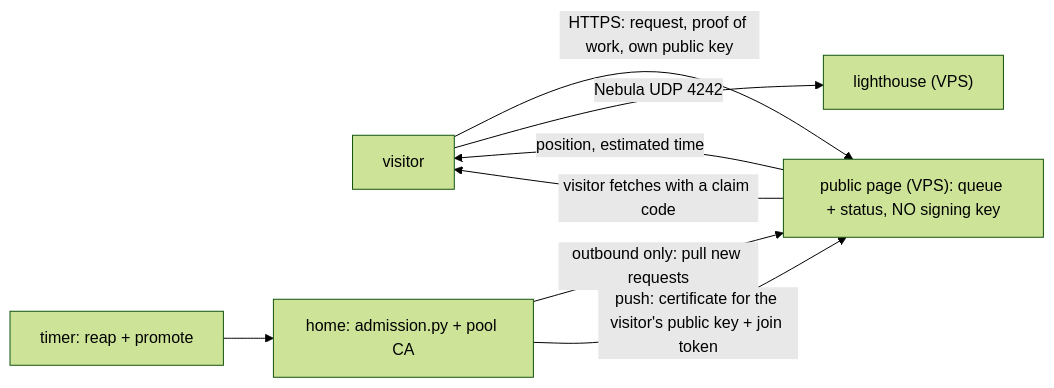
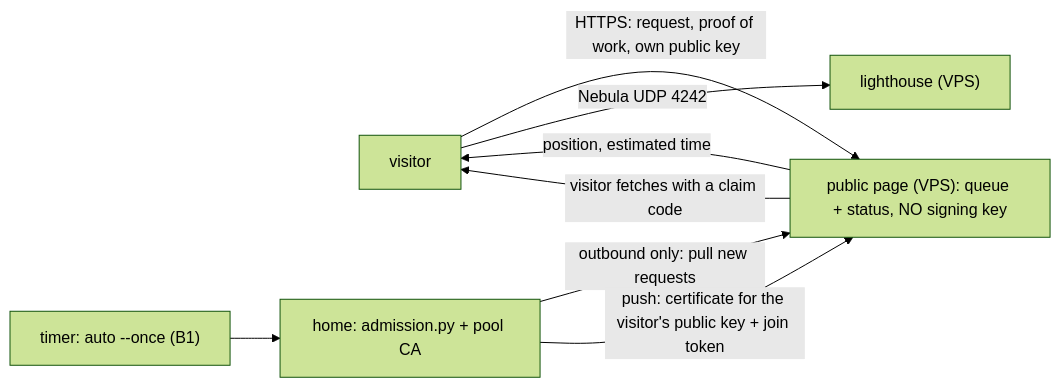
One commit to villadalmine/k8s-lan-party changed the third of 3 diagrams in docs/ADMISSION.md. Above: the diagram before and after it, drawn with Mermaid (forest theme). The commit also changed other lines of this file and 14 other files, not shown here.

````diff
--- a/docs/ADMISSION.md
+++ b/docs/ADMISSION.md
@@ -205,10 +298,10 @@
 ```mermaid
 flowchart LR
   V["visitor"] -->|"HTTPS: request, proof of work, own public key"| P["public page (VPS): queue + status, NO signing key"]
   P -->|"position, estimated time"| V
   H["home: admission.py + pool CA"] -->|"outbound only: pull new requests"| P
   H -->|"push: certificate for the visitor's public key + join token"| P
   P -->|"visitor fetches with a claim code"| V
-  T["timer: reap + promote"] --> H
+  T["timer: auto --once (B1)"] --> H
   V -->|"Nebula UDP 4242"| L["lighthouse (VPS)"]
 ```
````
